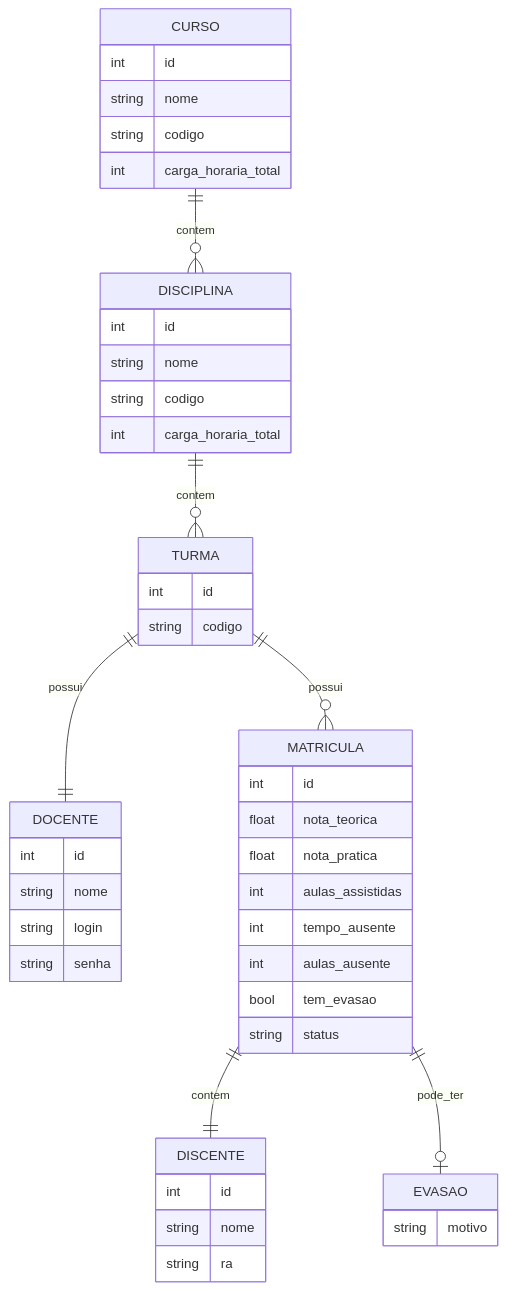
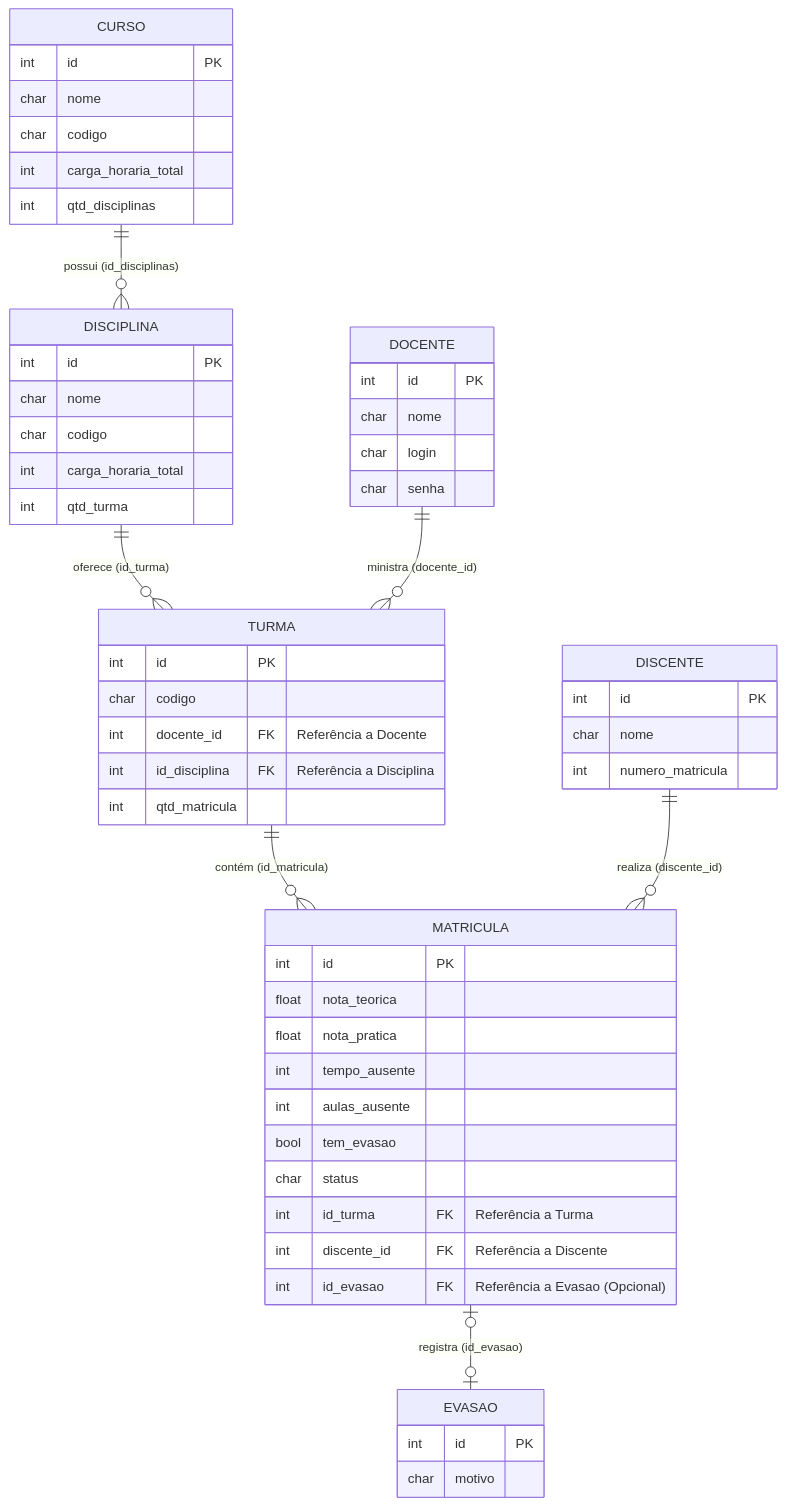
One commit to JVKW/DiagEPT_LP changed the diagram in _docs/structs_diagram.mermaid. Above: the diagram before and after it, drawn with Mermaid. The commit also changed 1 other file, not shown here.

Commit message:
update do readme e diagrama

```diff
--- a/_docs/structs_diagram.mermaid
+++ b/_docs/structs_diagram.mermaid
@@ -1,53 +1,64 @@
 erDiagram
-    CURSO ||--o{ DISCIPLINA : contem
-    DISCIPLINA ||--o{ TURMA : contem
-    TURMA ||--|| DOCENTE : possui
-    TURMA ||--o{ MATRICULA : possui
-    MATRICULA ||--|| DISCENTE : contem
-    MATRICULA ||--o| EVASAO : pode_ter
+    CURSO {
+        int id PK
+        char nome
+        char codigo
+        int carga_horaria_total
+        int qtd_disciplinas
+    }
 
-    CURSO {
-        int id
-        string nome
-        string codigo
+    DISCIPLINA {
+        int id PK
+        char nome
+        char codigo
         int carga_horaria_total
+        int qtd_turma
     }
-    DISCIPLINA {
-        int id
-        string nome
-        string codigo
-        int carga_horaria_total
+
+    DOCENTE {
+        int id PK
+        char nome
+        char login
+        char senha
     }
 
     TURMA {
-        int id
-        string codigo
+        int id PK
+        char codigo
+        int docente_id FK "Referência a Docente"
+        int id_disciplina FK "Referência a Disciplina"
+        int qtd_matricula
     }
 
-    DOCENTE {
-        int id
-        string nome
-        string login
-        string senha
+    DISCENTE {
+        int id PK
+        char nome
+        int numero_matricula
     }
 
     MATRICULA {
-        int id
+        int id PK
         float nota_teorica
         float nota_pratica
-        int aulas_assistidas
         int tempo_ausente
         int aulas_ausente
         bool tem_evasao
-        string status
-    }
-
-    DISCENTE {
-        int id
-        string nome
-        string ra
+        char status
+        int id_turma FK "Referência a Turma"
+        int discente_id FK "Referência a Discente"
+        int id_evasao FK "Referência a Evasao (Opcional)"
     }
 
     EVASAO {
-        string motivo
+        int id PK
+        char motivo
     }
+
+   
+
+    CURSO ||--o{ DISCIPLINA : "possui (id_disciplinas)"
+    DISCIPLINA ||--o{ TURMA : "oferece (id_turma)"
+    DOCENTE ||--o{ TURMA : "ministra (docente_id)"
+    TURMA ||--o{ MATRICULA : "contém (id_matricula)"
+    DISCENTE ||--o{ MATRICULA : "realiza (discente_id)"
+    MATRICULA |o--o| EVASAO : "registra (id_evasao)"
```
